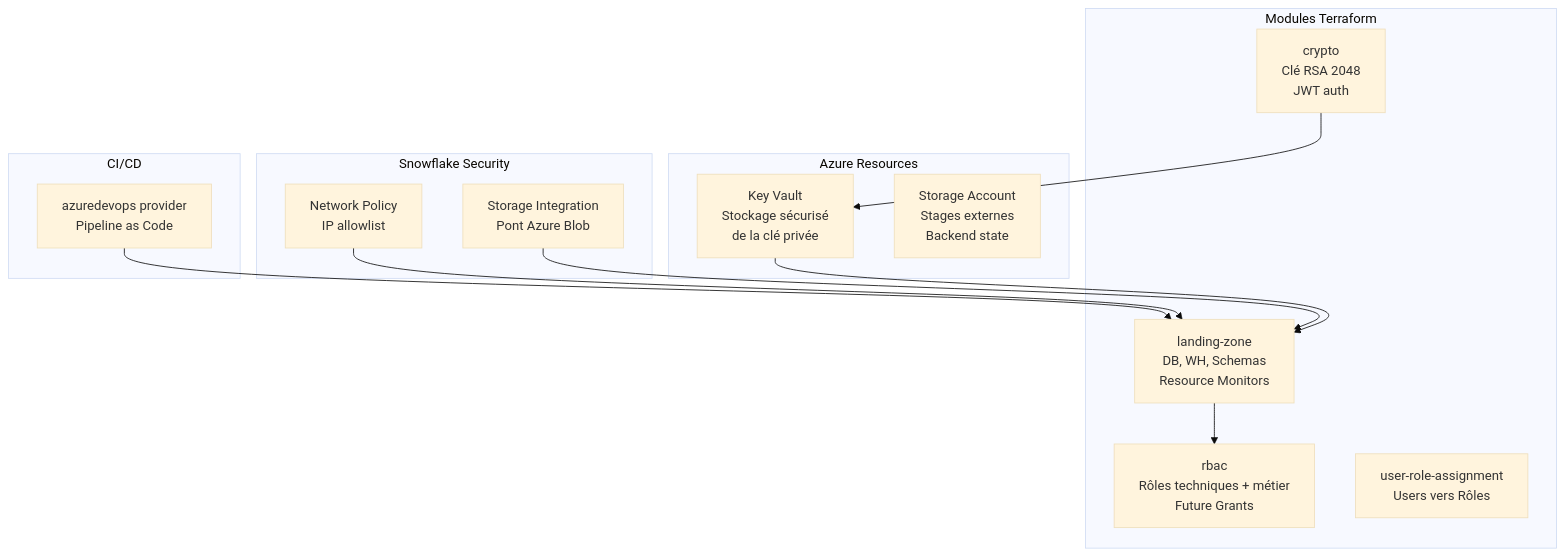
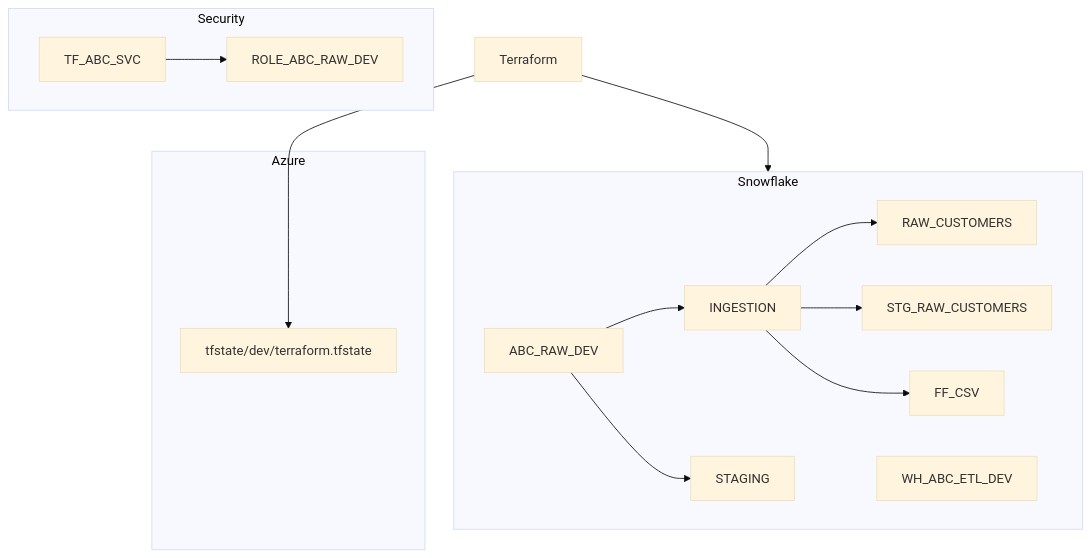
Before and after one commit to msellamiTN/Snowflake-terraform: the second of 2 diagrams in courses/day-04/module-12-capstone/lab.md, drawn with Mermaid (base theme). The commit also changed other lines of this file and 10 other files, not shown here.

````diff
--- a/courses/day-04/module-12-capstone/lab.md
+++ b/courses/day-04/module-12-capstone/lab.md
@@ -65,26 +230,24 @@
 ```mermaid
-flowchart TB
-    subgraph "Modules Terraform"
-        LZ[landing-zone<br/>DB, WH, Schemas<br/>Resource Monitors]
-        RBAC[rbac<br/>Rôles techniques + métier<br/>Future Grants]
-        CRYPTO[crypto<br/>Clé RSA 2048<br/>JWT auth]
-        URA[user-role-assignment<br/>Users vers Rôles]
+flowchart TD
+    subgraph Snowflake
+        DB[ABC_RAW_DEV]
+        DB --> SC1[INGESTION]
+        DB --> SC2[STAGING]
+        SC1 --> TBL[RAW_CUSTOMERS]
+        SC1 --> STG[STG_RAW_CUSTOMERS]
+        SC1 --> FF[FF_CSV]
+        WH[WH_ABC_ETL_DEV]
     end
-    subgraph "Azure Resources"
-        KV[Key Vault<br/>Stockage sécurisé<br/>de la clé privée]
-        STG[Storage Account<br/>Stages externes<br/>Backend state]
+
+    subgraph Security
+        USER[TF_ABC_SVC]
+        USER --> ROLE[ROLE_ABC_RAW_DEV]
     end
-    subgraph "Snowflake Security"
-        NP[Network Policy<br/>IP allowlist]
-        SI[Storage Integration<br/>Pont Azure Blob]
+
+    subgraph Azure
+        BLOB[tfstate/dev/terraform.tfstate]
     end
-    subgraph "CI/CD"
-        ADO[azuredevops provider<br/>Pipeline as Code]
-    end
-    LZ --> RBAC
-    CRYPTO --> KV
-    KV --> LZ
-    SI --> LZ
-    NP --> LZ
-    ADO --> LZ
+
+    TF[Terraform] --> BLOB
+    TF --> Snowflake
 ```
````
